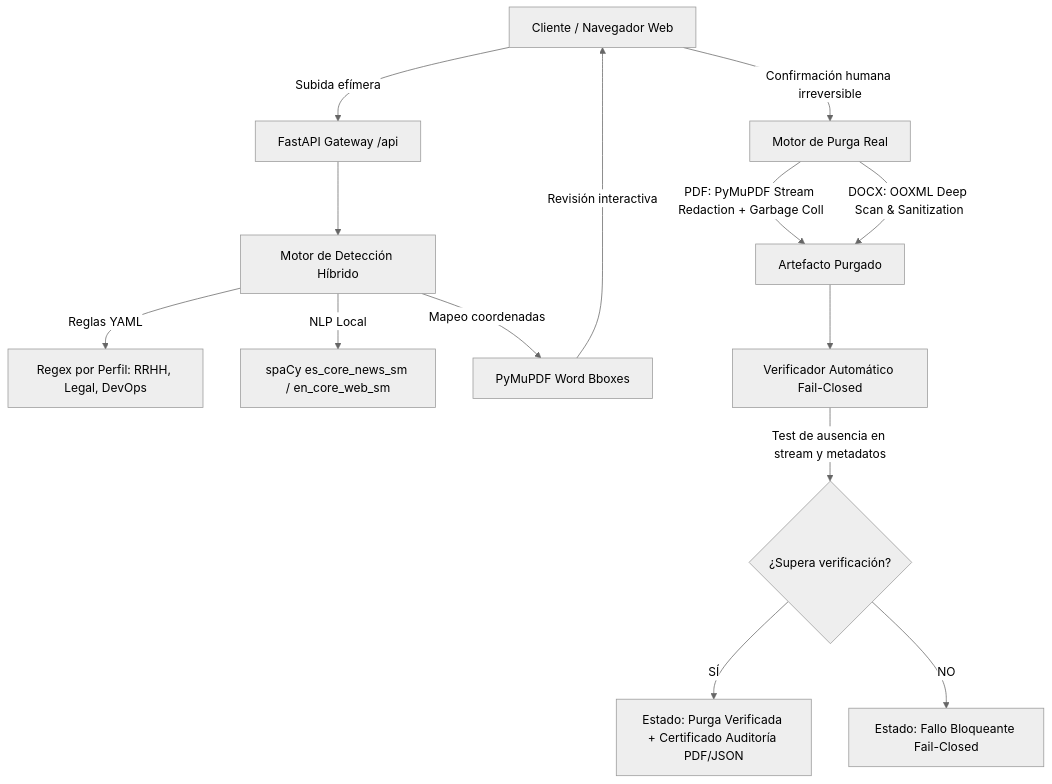
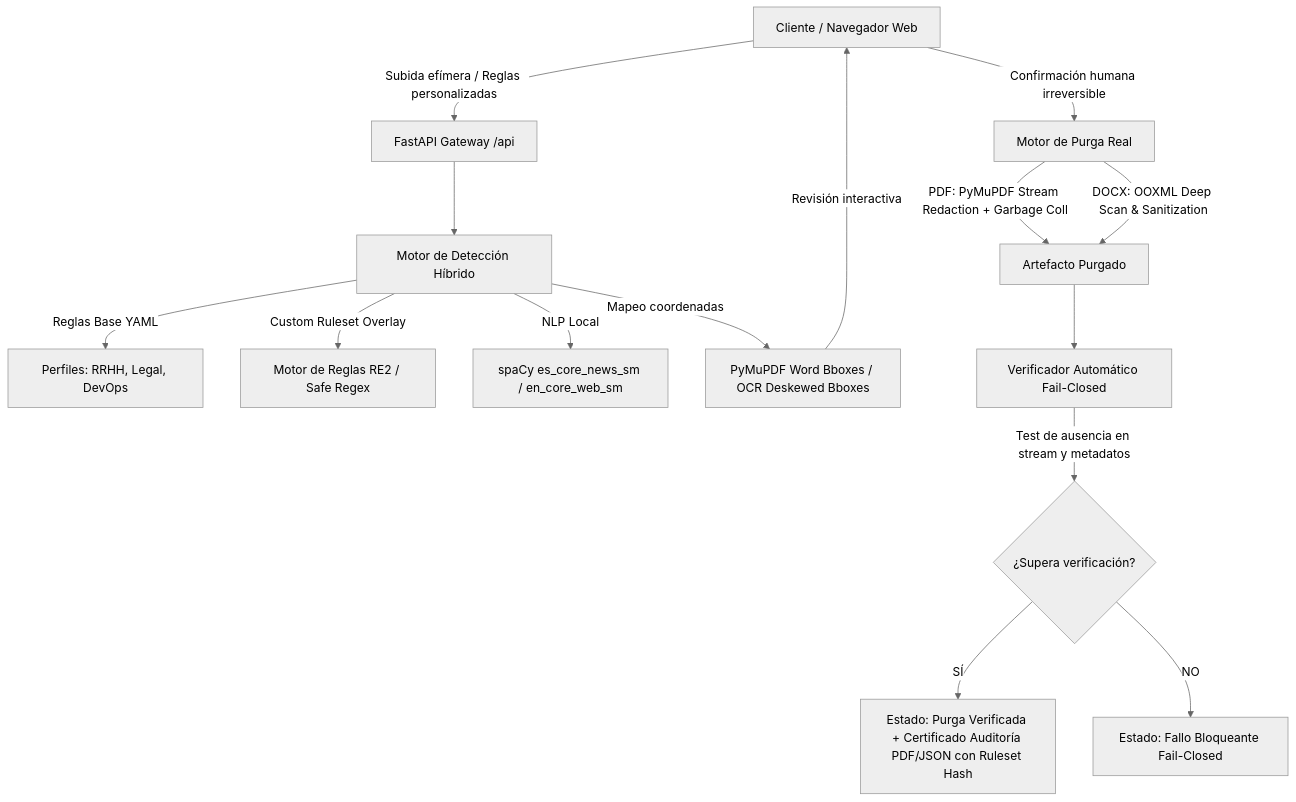
The diagram in docs/architecture.md (ToniIAPro73/anclora-purgedoc), drawn with Mermaid (neutral theme) before and after one commit. The commit also changed other lines of this file and 4 other files, not shown here.

Commit message:
feat(rules): complete Custom Ruleset Editor with Regex Test Bench and full E2E certification

````diff
--- a/docs/architecture.md
+++ b/docs/architecture.md
@@ -6,16 +6,17 @@
 ```mermaid
 graph TD
-    A[Cliente / Navegador Web] -->|Subida efímera| B[FastAPI Gateway /api]
+    A[Cliente / Navegador Web] -->|Subida efímera / Reglas personalizadas| B[FastAPI Gateway /api]
     B --> C[Motor de Detección Híbrido]
-    C -->|Reglas YAML| D[Regex por Perfil: RRHH, Legal, DevOps]
+    C -->|Reglas Base YAML| D[Perfiles: RRHH, Legal, DevOps]
+    C -->|Custom Ruleset Overlay| R[Motor de Reglas RE2 / Safe Regex]
     C -->|NLP Local| E[spaCy es_core_news_sm / en_core_web_sm]
-    C -->|Mapeo coordenadas| F[PyMuPDF Word Bboxes]
+    C -->|Mapeo coordenadas| F[PyMuPDF Word Bboxes / OCR Deskewed Bboxes]
     F -->|Revisión interactiva| A
     A -->|Confirmación humana irreversible| G[Motor de Purga Real]
     G -->|PDF: PyMuPDF Stream Redaction + Garbage Coll| H[Artefacto Purgado]
     G -->|DOCX: OOXML Deep Scan & Sanitization| H
     H --> I[Verificador Automático Fail-Closed]
     I -->|Test de ausencia en stream y metadatos| J{¿Supera verificación?}
-    J -->|SÍ| K[Estado: Purga Verificada + Certificado Auditoría PDF/JSON]
+    J -->|SÍ| K[Estado: Purga Verificada + Certificado Auditoría PDF/JSON con Ruleset Hash]
     J -->|NO| L[Estado: Fallo Bloqueante Fail-Closed]
 ```
````
